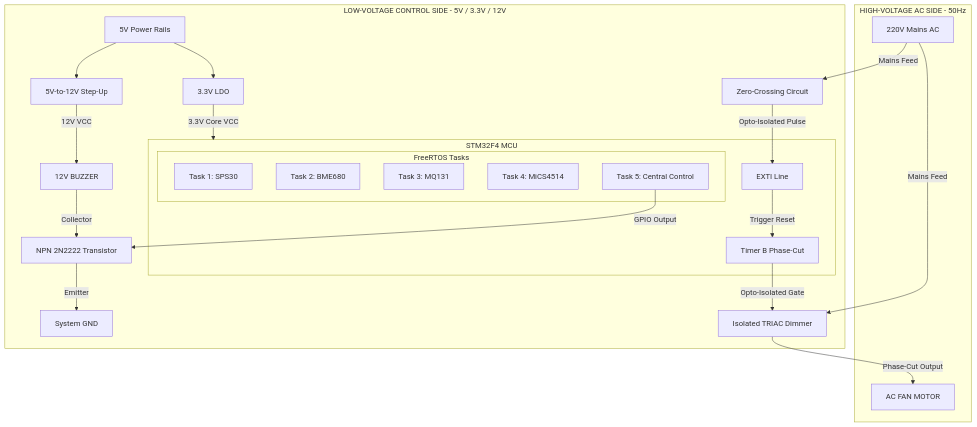
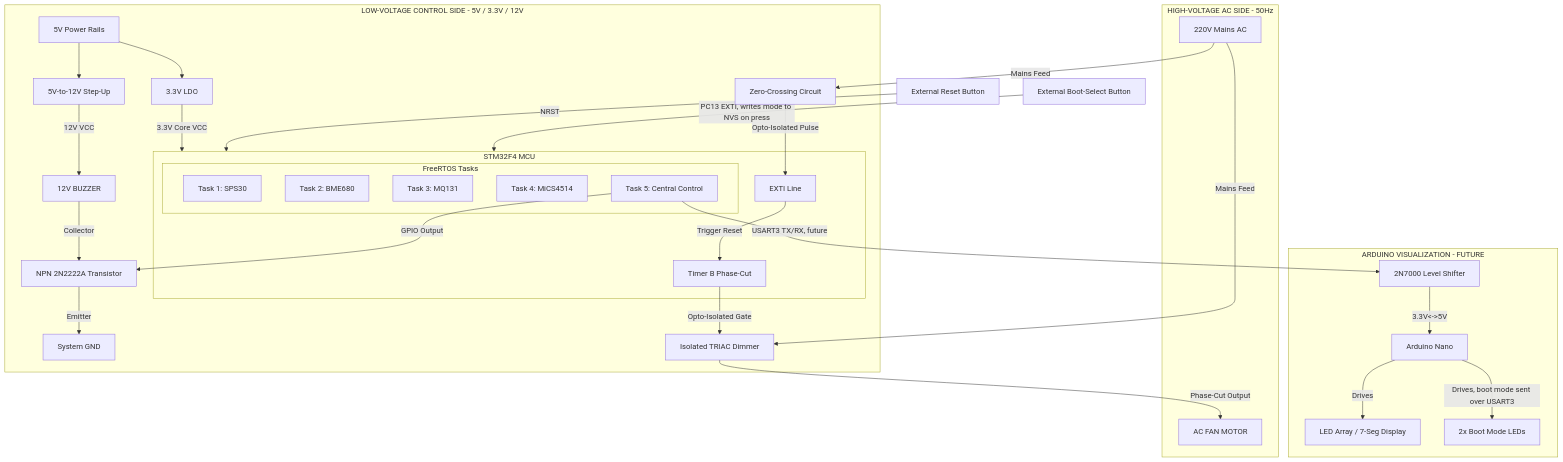
Before and after one commit to yuvalkuck/clearair: the second of 4 diagrams in README.md, drawn with Mermaid. The commit also changed other lines of this file and 14 other files, not shown here.

````diff
--- a/README.md
+++ b/README.md
@@ -84,54 +86,74 @@
 ```mermaid
 graph TD
     %% High-Voltage Side
     subgraph HV [HIGH-VOLTAGE AC SIDE - 50Hz]
         AC_Mains[220V Mains AC]
         AC_Fan[AC FAN MOTOR]
     end
 
     %% Low-Voltage Side
     subgraph LV [LOW-VOLTAGE CONTROL SIDE - 5V / 3.3V / 12V]
         %% Power Domain
         Power_5V[5V Power Rails]
         LDO_33[3.3V LDO]
         StepUp_12[5V-to-12V Step-Up]
         Buzzer_12[12V BUZZER]
-        Trans_2N2222[NPN 2N2222 Transistor]
+        Trans_2N2222[NPN 2N2222A Transistor]
         GND[System GND]
         
         %% Microcontroller Internal Modules
         subgraph STM32 [STM32F4 MCU]
             EXTI[EXTI Line]
             Timer_B[Timer B Phase-Cut]
             subgraph RTOS [FreeRTOS Tasks]
                 T1[Task 1: SPS30]
                 T2[Task 2: BME680]
                 T3[Task 3: MQ131]
                 T4[Task 4: MiCS4514]
                 T5[Task 5: Central Control]
             end
         end
         
         %% Isolation Barriers
         ZC_Circ[Zero-Crossing Circuit]
         TRIAC_Dim[Isolated TRIAC Dimmer]
     end
 
+    %% Manual Controls
+    Reset_Btn[External Reset Button]
+    BootSel_Btn[External Boot-Select Button]
+
+    %% Future Visualization Stage
+    subgraph VIZ [ARDUINO VISUALIZATION - FUTURE]
+        Level_Shift[2N7000 Level Shifter]
+        Arduino_Nano[Arduino Nano]
+        LED_Array[LED Array / 7-Seg Display]
+        BootMode_LEDs[2x Boot Mode LEDs]
+    end
+
     %% Power Routing Connections
     AC_Mains -->|Mains Feed| ZC_Circ
     AC_Mains -->|Mains Feed| TRIAC_Dim
     Power_5V --> LDO_33
     Power_5V --> StepUp_12
     LDO_33 -->|3.3V Core VCC| STM32
     StepUp_12 -->|12V VCC| Buzzer_12
 
     %% Signal and Control Connections
     ZC_Circ -->|Opto-Isolated Pulse| EXTI
     EXTI -->|Trigger Reset| Timer_B
     Timer_B -->|Opto-Isolated Gate| TRIAC_Dim
     TRIAC_Dim -->|Phase-Cut Output| AC_Fan
     
     T5 -->|GPIO Output| Trans_2N2222
     Buzzer_12 -->|Collector| Trans_2N2222
     Trans_2N2222 -->|Emitter| GND
+
+    T5 -->|USART3 TX/RX, future| Level_Shift
+    Level_Shift -->|3.3V<->5V| Arduino_Nano
+    Arduino_Nano -->|Drives| LED_Array
+    Arduino_Nano -->|Drives, boot mode sent over USART3| BootMode_LEDs
+
+    Reset_Btn -->|NRST| STM32
+    BootSel_Btn -->|PC13 EXTI, writes mode to NVS on press| STM32
 ```
````
